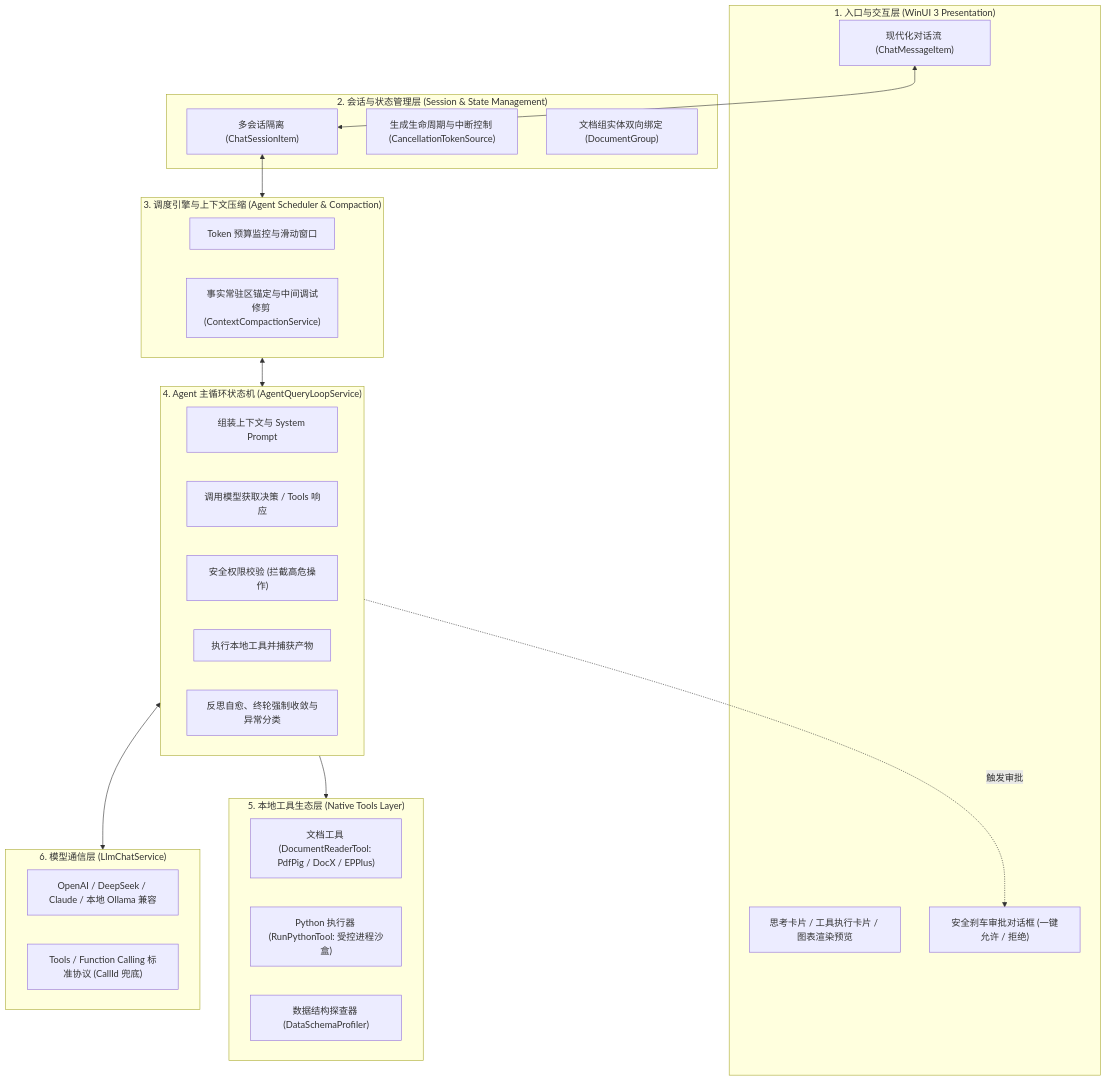
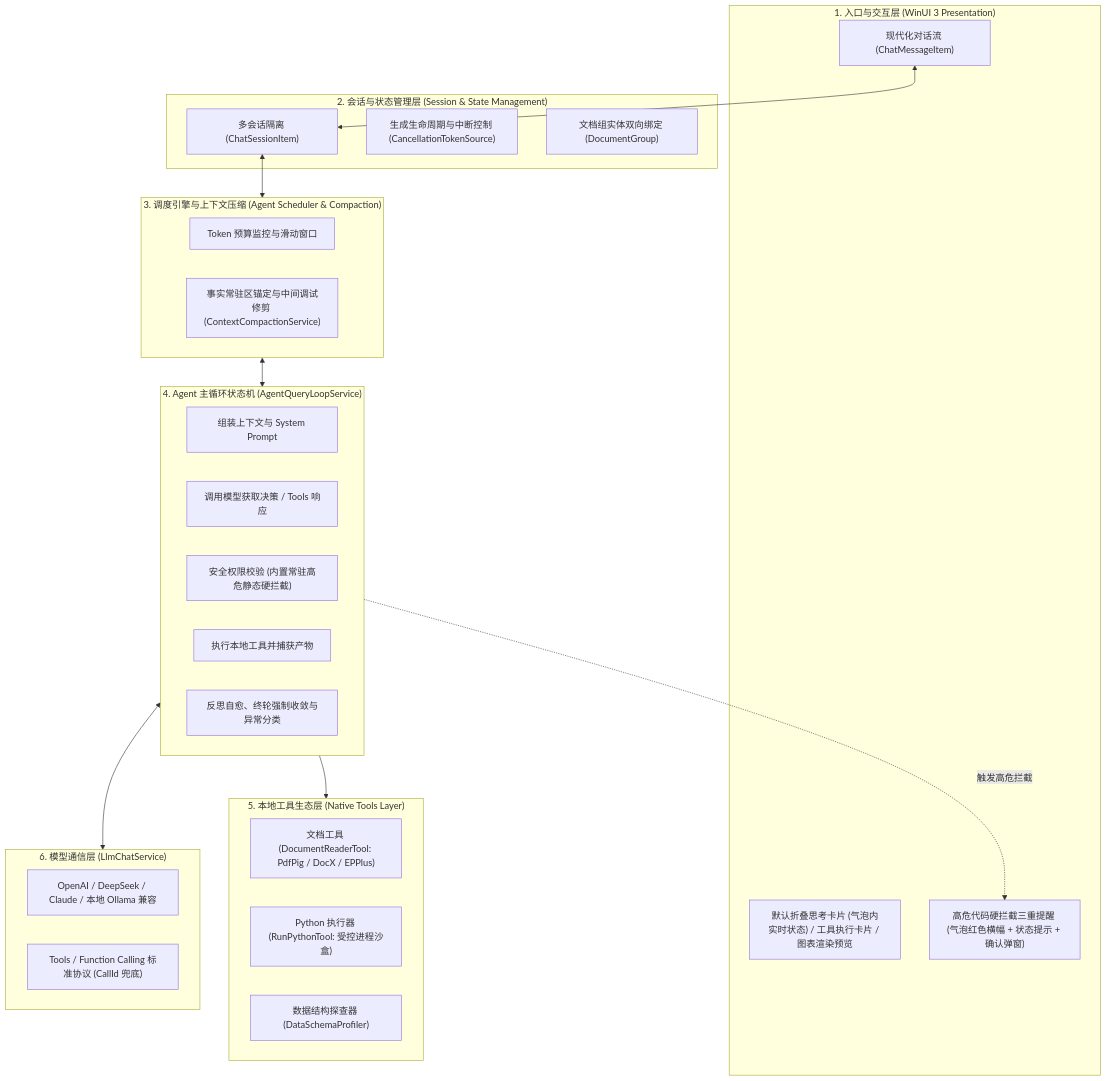
The first of 3 diagrams in PRD.md (Fallenleaf-hub/DataAnalysis_Assistant), drawn with Mermaid before and after one commit. The commit also changed other lines of this file and 14 other files, not shown here.

````diff
--- a/PRD.md
+++ b/PRD.md
@@ -102,45 +105,45 @@
 ```mermaid
 flowchart TD
     subgraph L1 ["1. 入口与交互层 (WinUI 3 Presentation)"]
         UI_Chat["现代化对话流 (ChatMessageItem)"]
-        UI_Card["思考卡片 / 工具执行卡片 / 图表渲染预览"]
-        UI_Auth["安全刹车审批对话框 (一键允许 / 拒绝)"]
+        UI_Card["默认折叠思考卡片 (气泡内实时状态) / 工具执行卡片 / 图表渲染预览"]
+        UI_Auth["高危代码硬拦截三重提醒 (气泡红色横幅 + 状态提示 + 确认弹窗)"]
     end
 
     subgraph L2 ["2. 会话与状态管理层 (Session & State Management)"]
         SM_Session["多会话隔离 (ChatSessionItem)"]
         SM_Cancel["生成生命周期与中断控制 (CancellationTokenSource)"]
         SM_Group["文档组实体双向绑定 (DocumentGroup)"]
     end
 
     subgraph L3 ["3. 调度引擎与上下文压缩 (Agent Scheduler & Compaction)"]
         ENG_Budget["Token 预算监控与滑动窗口"]
         ENG_Compact["事实常驻区锚定与中间调试修剪 (ContextCompactionService)"]
     end
 
     subgraph L4 ["4. Agent 主循环状态机 (AgentQueryLoopService)"]
         LOOP_Assemble["组装上下文与 System Prompt"]
         LOOP_LLM["调用模型获取决策 / Tools 响应"]
-        LOOP_Check["安全权限校验 (拦截高危操作)"]
+        LOOP_Check["安全权限校验 (内置常驻高危静态硬拦截)"]
         LOOP_Exec["执行本地工具并捕获产物"]
         LOOP_Reflect["反思自愈、终轮强制收敛与异常分类"]
     end
 
     subgraph L5 ["5. 本地工具生态层 (Native Tools Layer)"]
         TOOL_Doc["文档工具 (DocumentReaderTool: PdfPig / DocX / EPPlus)"]
         TOOL_Py["Python 执行器 (RunPythonTool: 受控进程沙盒)"]
         TOOL_Profile["数据结构探查器 (DataSchemaProfiler)"]
     end
 
     subgraph L6 ["6. 模型通信层 (LlmChatService)"]
         COMM_API["OpenAI / DeepSeek / Claude / 本地 Ollama 兼容"]
         COMM_Protocol["Tools / Function Calling 标准协议 (CallId 兜底)"]
     end
 
     UI_Chat <--> SM_Session
     SM_Session <--> L3
     L3 <--> L4
     L4 --> L5
     L4 <--> L6
-    L4 -. 触发审批 .-> UI_Auth
+    L4 -. 触发高危拦截 .-> UI_Auth
 ```
````
